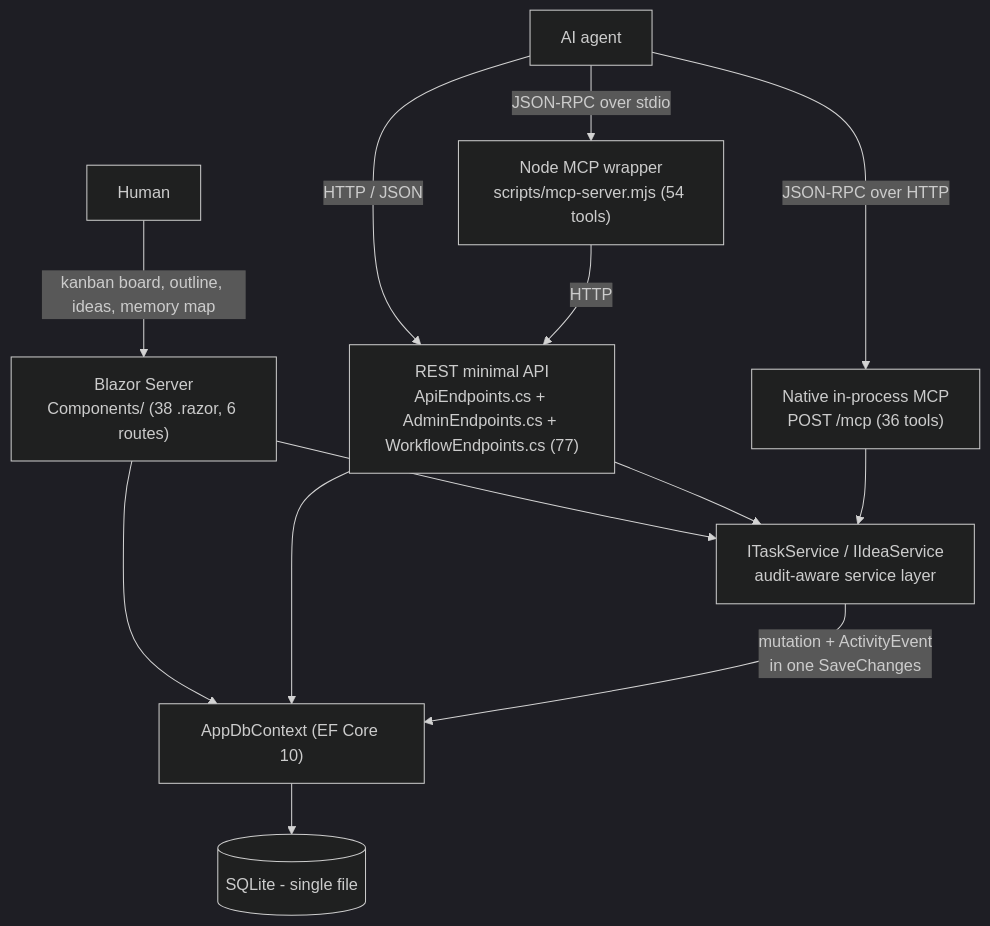
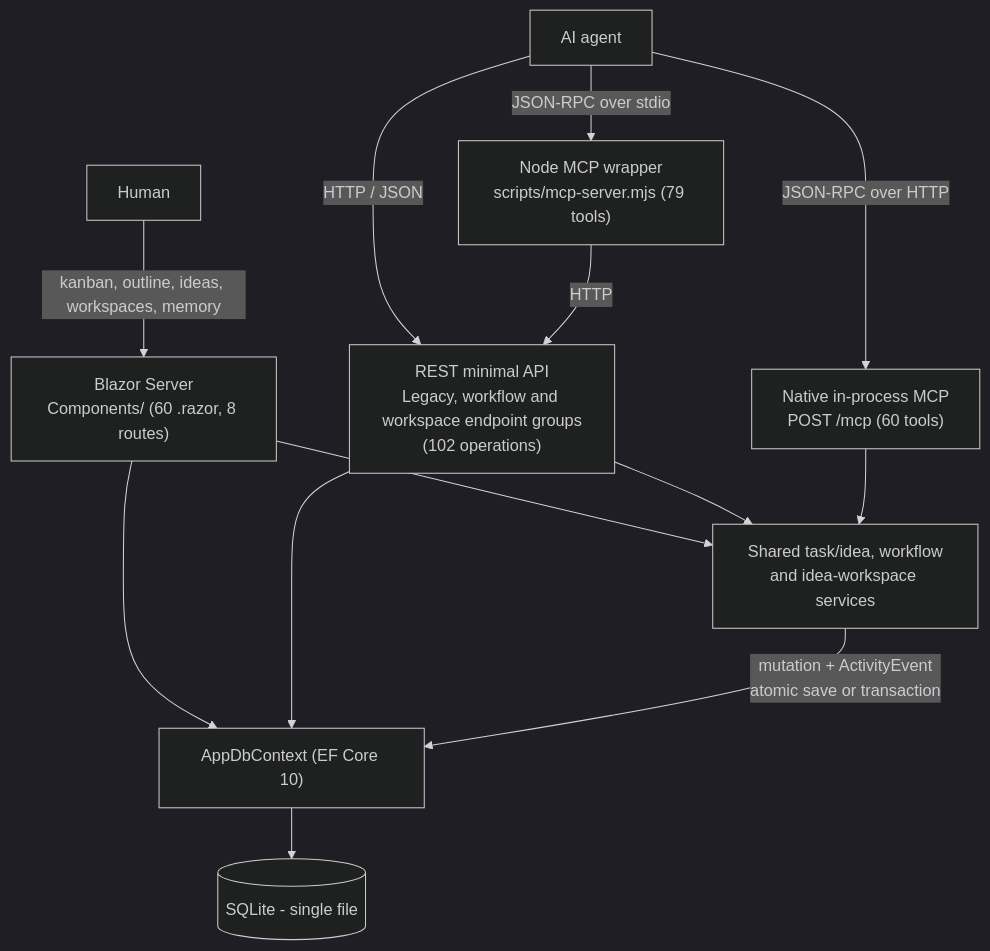
Before and after one commit to joelfuller2016/KanbanFlow-v2: the first of 3 diagrams in docs/ARCHITECTURE.md, drawn with Mermaid (dark theme). The commit also changed other lines of this file and 2 other files, not shown here.

Commit message:
Document measured combined workflow and workspace verification

````diff
--- a/docs/ARCHITECTURE.md
+++ b/docs/ARCHITECTURE.md
@@ -37,17 +39,17 @@
 ```mermaid
 flowchart TD
-    H["Human"] -->|"kanban board, outline, ideas, memory map"| UI["Blazor Server<br/>Components/ (38 .razor, 6 routes)"]
-    A["AI agent"] -->|"JSON-RPC over stdio"| NODE["Node MCP wrapper<br/>scripts/mcp-server.mjs (54 tools)"]
-    A -->|"JSON-RPC over HTTP"| NATIVE["Native in-process MCP<br/>POST /mcp (36 tools)"]
-    A -->|"HTTP / JSON"| REST["REST minimal API<br/>ApiEndpoints.cs + AdminEndpoints.cs + WorkflowEndpoints.cs (77)"]
+    H["Human"] -->|"kanban, outline, ideas, workspaces, memory"| UI["Blazor Server<br/>Components/ (60 .razor, 8 routes)"]
+    A["AI agent"] -->|"JSON-RPC over stdio"| NODE["Node MCP wrapper<br/>scripts/mcp-server.mjs (79 tools)"]
+    A -->|"JSON-RPC over HTTP"| NATIVE["Native in-process MCP<br/>POST /mcp (60 tools)"]
+    A -->|"HTTP / JSON"| REST["REST minimal API<br/>Legacy, workflow and workspace endpoint groups<br/>(102 operations)"]
     NODE -->|"HTTP"| REST
 
     UI --> EF
     UI --> SVC
     REST --> EF
     REST --> SVC
-    NATIVE --> SVC["ITaskService / IIdeaService<br/>audit-aware service layer"]
+    NATIVE --> SVC["Shared task/idea, workflow<br/>and idea-workspace services"]
 
-    SVC -->|"mutation + ActivityEvent<br/>in one SaveChanges"| EF["AppDbContext (EF Core 10)"]
+    SVC -->|"mutation + ActivityEvent<br/>atomic save or transaction"| EF["AppDbContext (EF Core 10)"]
     EF --> SQLITE[("SQLite - single file")]
 ```
````
